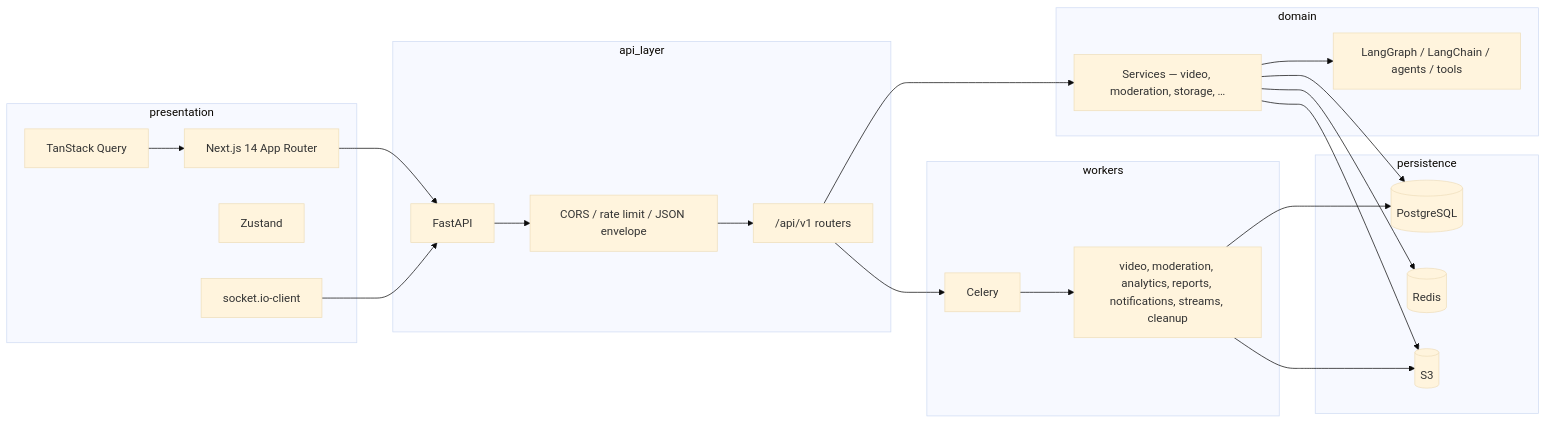
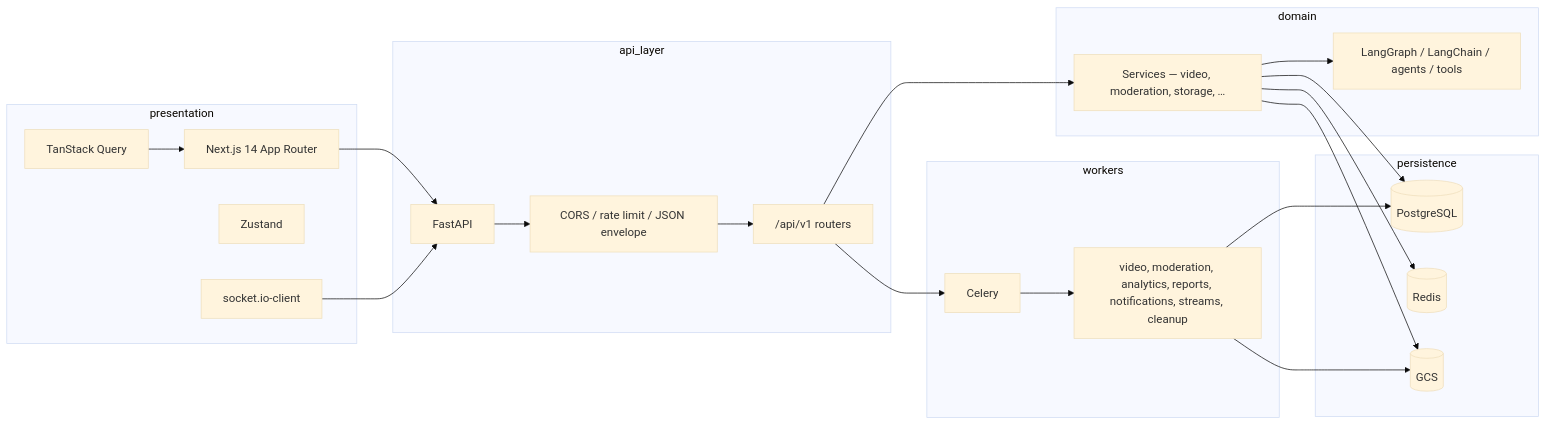
The second of 3 diagrams in README.md (anulsasidharan/AI-Video-Intelligence-Content-Moderation-Platform), drawn with Mermaid (base theme) before and after one commit. The commit also changed other lines of this file, not shown here.

````diff
--- a/README.md
+++ b/README.md
@@ -83,41 +83,41 @@
 ```mermaid
 flowchart LR
   subgraph presentation
     NEXT[Next.js 14 App Router]
     RQ[TanStack Query]
     ZU[Zustand]
     SIO[socket.io-client]
   end
   subgraph api_layer
     FAST[FastAPI]
     MW[CORS / rate limit / JSON envelope]
     RT["/api/v1 routers"]
   end
   subgraph domain
     SVC[Services — video, moderation, storage, …]
     AI[LangGraph / LangChain / agents / tools]
   end
   subgraph workers
     CEL[Celery]
     TSK[video, moderation, analytics, reports, notifications, streams, cleanup]
   end
   subgraph persistence
     PG[(PostgreSQL)]
     RD[(Redis)]
-    S3B[(S3)]
+    S3B[(GCS)]
   end
   NEXT --> FAST
   RQ --> NEXT
   SIO --> FAST
   FAST --> MW
   MW --> RT
   RT --> SVC
   SVC --> AI
   RT --> CEL
   CEL --> TSK
   SVC --> PG
   SVC --> RD
   SVC --> S3B
   TSK --> PG
   TSK --> S3B
 ```
````
